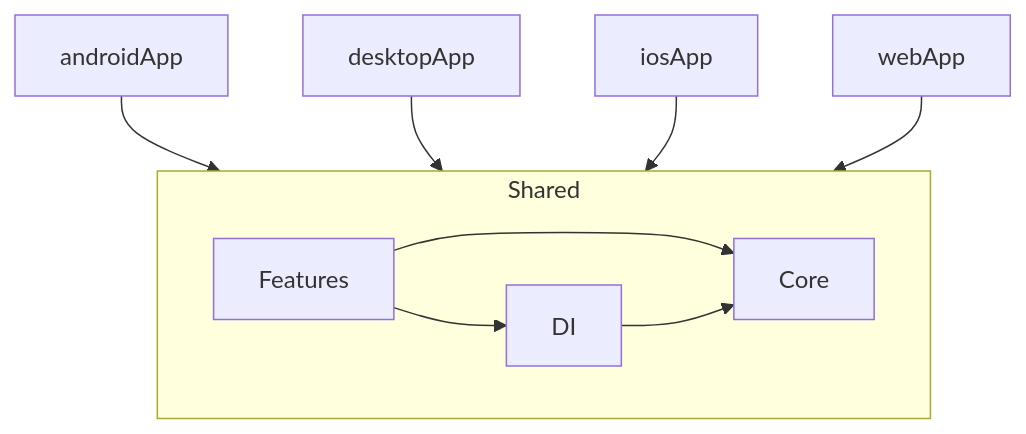
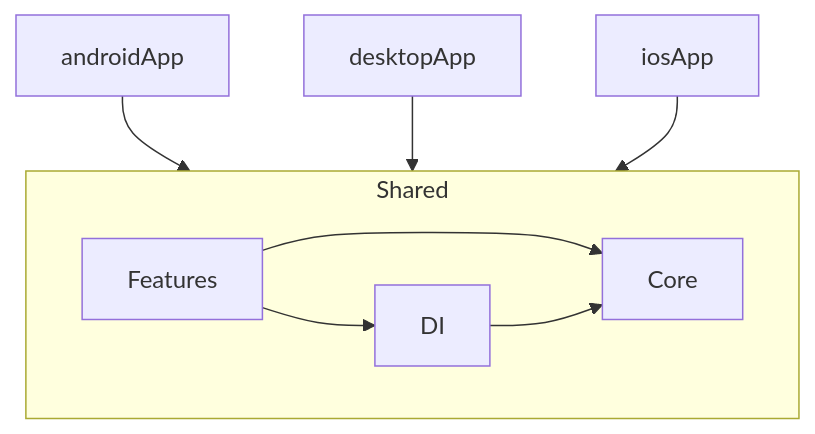
Before and after one commit to dominhhiep21/pomodro-app: the diagram in aidlc-docs/inception/reverse-engineering/dependencies.md, drawn with Mermaid. The commit also changed other lines of this file and 232 other files, not shown here.

````diff
--- a/aidlc-docs/inception/reverse-engineering/dependencies.md
+++ b/aidlc-docs/inception/reverse-engineering/dependencies.md
@@ -5,13 +5,12 @@
 ```mermaid
 graph TD
     Android["androidApp"] --> Shared["shared"]
     Desktop["desktopApp"] --> Shared
     iOS["iosApp"] --> Shared
-    Web["webApp"] --> Shared
     
     subgraph Shared
         Features --> Core
         Features --> DI
         DI --> Core
     end
 ```
````
